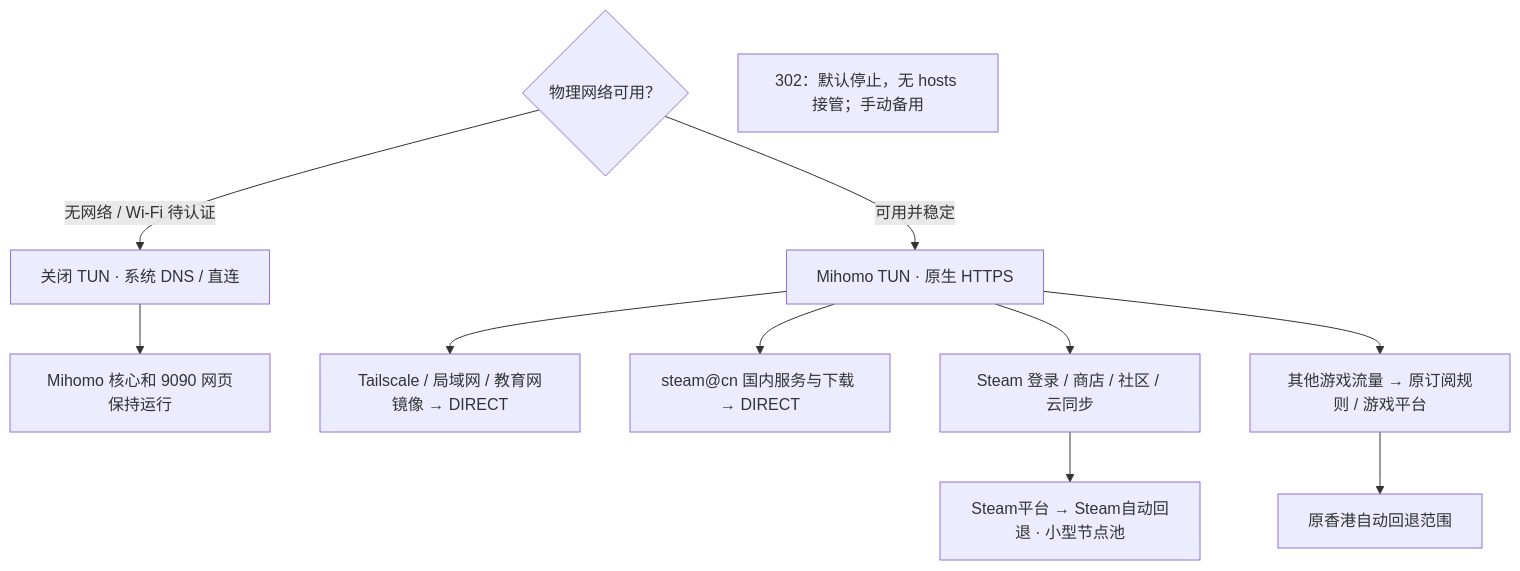
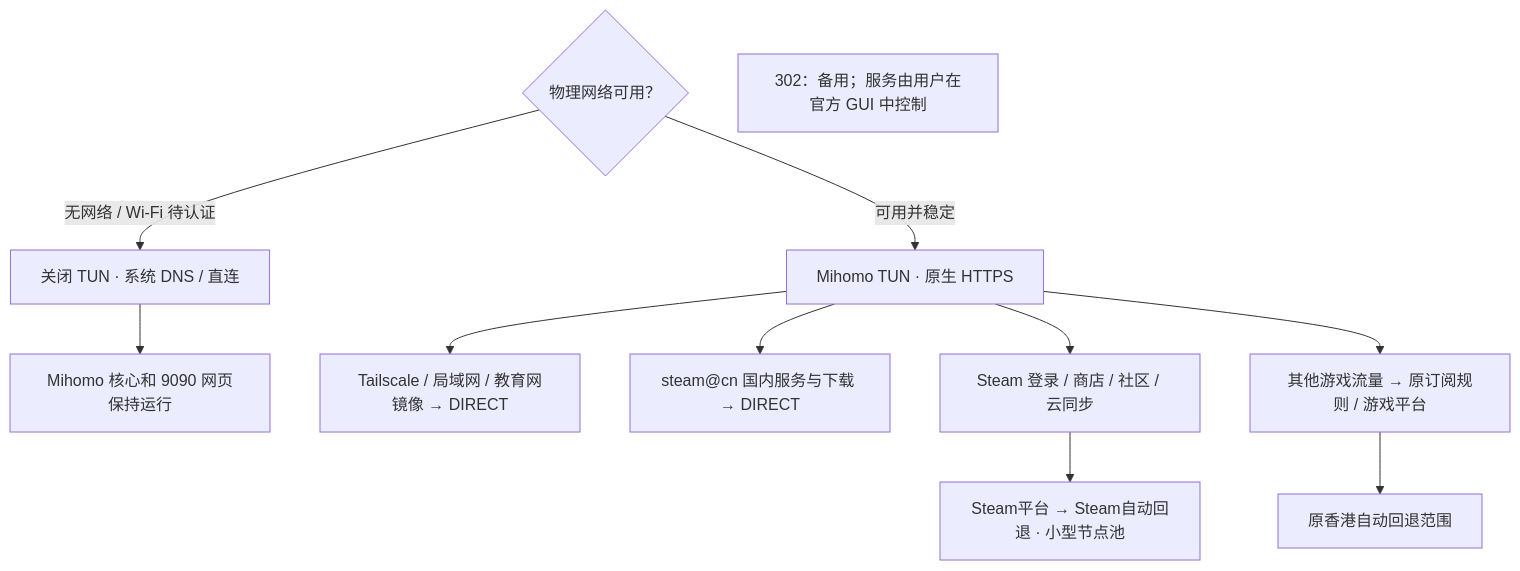
One commit to marc-shen/workbench changed the diagram in docs/steamdeck-network.md. Above: the diagram before and after it, drawn with Mermaid. The commit also changed other lines of this file and 9 other files, not shown here.

````diff
--- a/docs/steamdeck-network.md
+++ b/docs/steamdeck-network.md
@@ -9,13 +10,13 @@
 ```mermaid
 flowchart TD
     link{"物理网络可用？"} -->|无网络 / Wi-Fi 待认证| native["关闭 TUN · 系统 DNS / 直连"]
     link -->|可用并稳定| tun["Mihomo TUN · 原生 HTTPS"]
     native --> ui["Mihomo 核心和 9090 网页保持运行"]
     tun --> local["Tailscale / 局域网 / 教育网镜像 → DIRECT"]
     tun --> cn["steam@cn 国内服务与下载 → DIRECT"]
     tun --> steam["Steam 登录 / 商店 / 社区 / 云同步"]
     steam --> pool["Steam平台 → Steam自动回退 · 小型节点池"]
     tun --> games["其他游戏流量 → 原订阅规则 / 游戏平台"]
     games --> hk["原香港自动回退范围"]
-    backup["302：默认停止，无 hosts 接管；手动备用"]
+    backup["302：备用；服务由用户在官方 GUI 中控制"]
 ```
````
